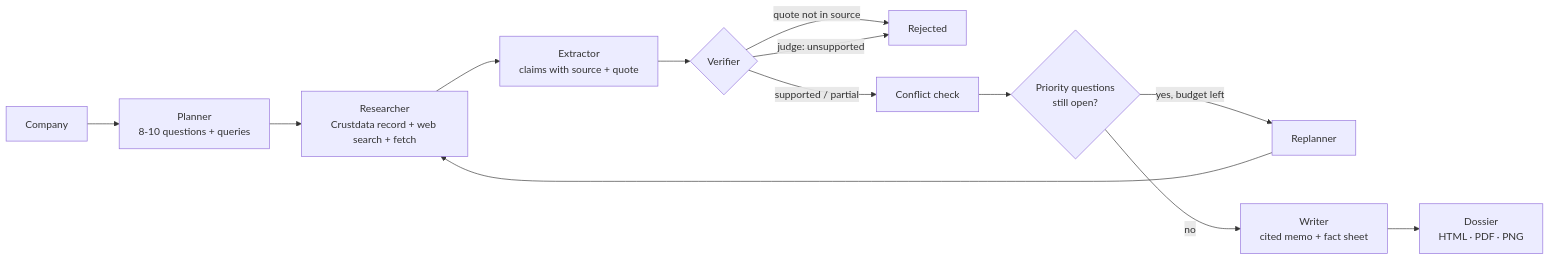
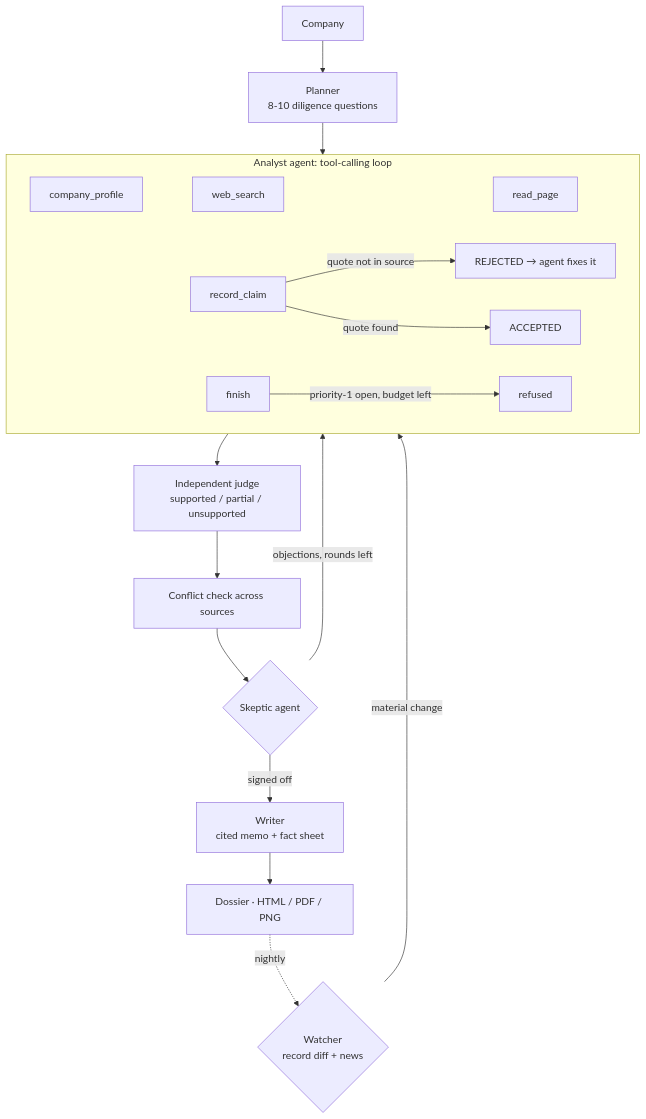
Before and after one commit to hacker-git-code/underwrite-: the first of 2 diagrams in README.md, drawn with Mermaid. The commit also changed other lines of this file and 2 other files, not shown here.

First line of the commit message:
docs: README for the agent architecture (analyst, skeptic, watcher, coach), Entire evidence, demo script

````diff
--- a/README.md
+++ b/README.md
@@ -78,14 +106,20 @@
 ```mermaid
-flowchart LR
-    A[Company] --> P[Planner<br/>8-10 questions + queries]
-    P --> R[Researcher<br/>Crustdata record + web search + fetch]
-    R --> X[Extractor<br/>claims with source + quote]
-    X --> V{Verifier}
-    V -->|quote not in source| RJ[Rejected]
-    V -->|judge: unsupported| RJ
-    V -->|supported / partial| C[Conflict check]
-    C --> G{Priority questions<br/>still open?}
-    G -->|yes, budget left| RP[Replanner] --> R
-    G -->|no| W[Writer<br/>cited memo + fact sheet]
-    W --> D[Dossier<br/>HTML · PDF · PNG]
+flowchart TB
+    A[Company] --> P[Planner<br/>8-10 diligence questions]
+    P --> AN
+    subgraph AN[Analyst agent: tool-calling loop]
+        direction LR
+        T1[company_profile] ~~~ T2[web_search] ~~~ T3[read_page]
+        RC[record_claim] -->|quote not in source| RJ[REJECTED → agent fixes it]
+        RC -->|quote found| OK[ACCEPTED]
+        FIN[finish] -->|priority-1 open, budget left| NO[refused]
+    end
+    AN --> J[Independent judge<br/>supported / partial / unsupported]
+    J --> C[Conflict check across sources]
+    C --> S{Skeptic agent}
+    S -->|objections, rounds left| AN
+    S -->|signed off| W[Writer<br/>cited memo + fact sheet]
+    W --> D[Dossier · HTML / PDF / PNG]
+    D -. nightly .-> WA{Watcher<br/>record diff + news}
+    WA -->|material change| AN
 ```
````
